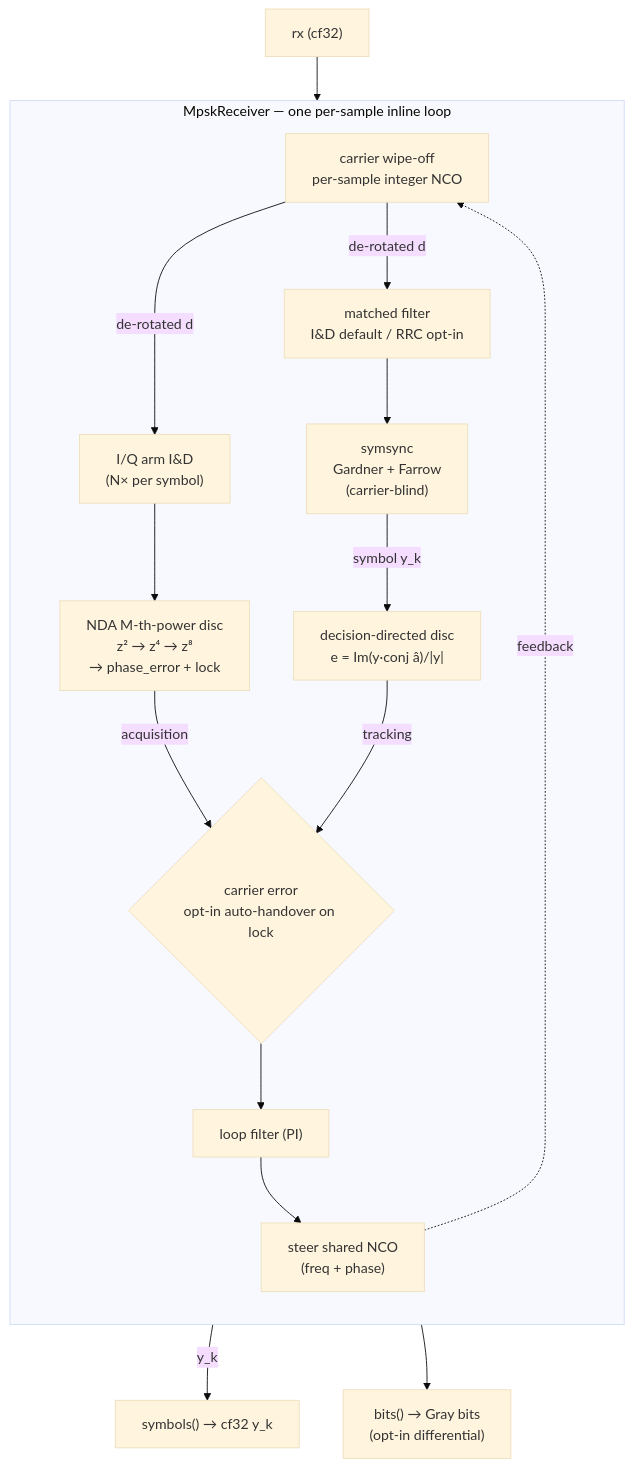
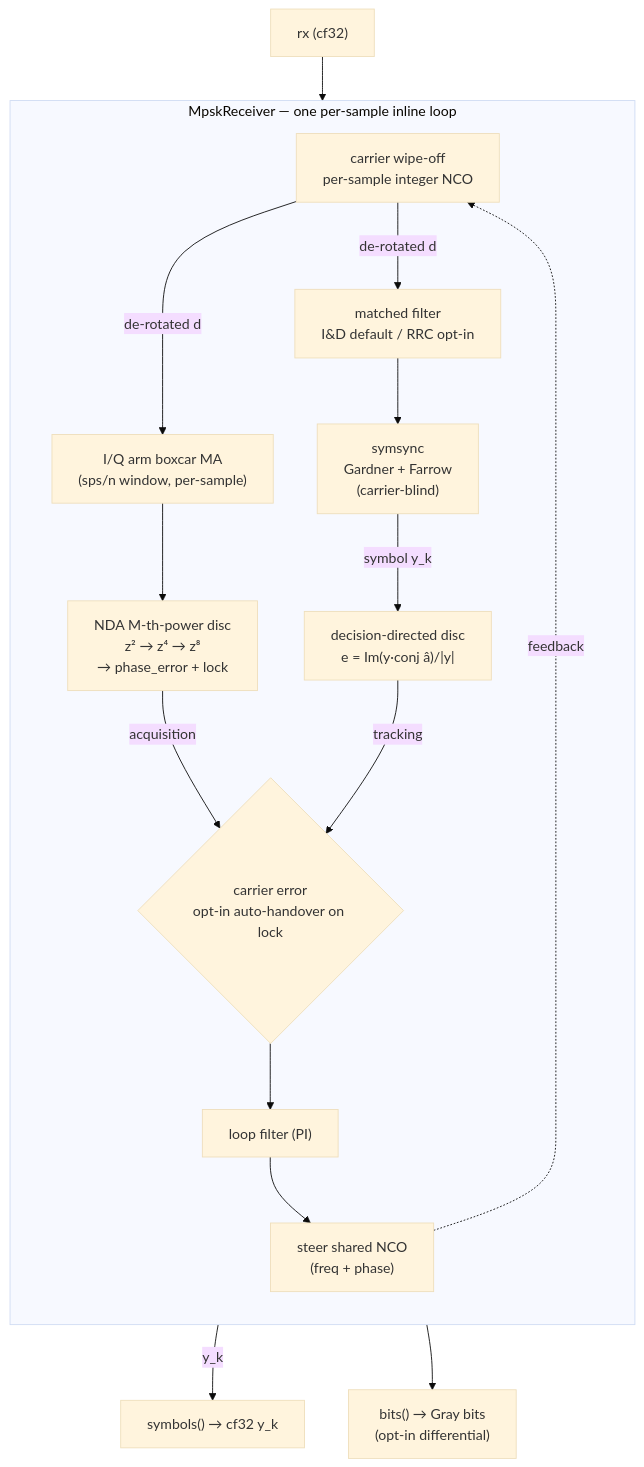
One commit to doppler-dsp/doppler changed the diagram in docs/design/mpsk.md. Above: the diagram before and after it, drawn with Mermaid (base theme). The commit also changed other lines of this file and 45 other files, not shown here.

First line of the commit message:
feat(carrier_nda): n-invariant Bn + boxcar arm + decimated arm AGC (#300)

````diff
--- a/docs/design/mpsk.md
+++ b/docs/design/mpsk.md
@@ -23,29 +24,29 @@
 ```mermaid
 flowchart TB
     IN["rx (cf32)"]
     subgraph RX["MpskReceiver — one per-sample inline loop"]
         direction TB
         WIPE["carrier wipe-off<br/>per-sample integer NCO"]
-        ARM["I/Q arm I&D<br/>(N× per symbol)"]
+        ARM["I/Q arm boxcar MA<br/>(sps/n window, per-sample)"]
         NDA["NDA M-th-power disc<br/>z² → z⁴ → z⁸<br/>→ phase_error + lock"]
         MF["matched filter<br/>I&D default / RRC opt-in"]
         SS["symsync<br/>Gardner + Farrow<br/>(carrier-blind)"]
         DD["decision-directed disc<br/>e = Im(y·conj â)/|y|"]
         SEL{"carrier error<br/>opt-in auto-handover on lock"}
         LF["loop filter (PI)"]
         STEER["steer shared NCO<br/>(freq + phase)"]
         WIPE -->|"de-rotated d"| ARM
         WIPE -->|"de-rotated d"| MF
         ARM --> NDA
         MF --> SS
         SS -->|"symbol y_k"| DD
         NDA -->|"acquisition"| SEL
         DD -->|"tracking"| SEL
         SEL --> LF
         LF --> STEER
         STEER -.->|"feedback"| WIPE
     end
     IN --> WIPE
     SS -->|"y_k"| OUT["symbols() → cf32 y_k"]
     SS --> BITS["bits() → Gray bits<br/>(opt-in differential)"]
 ```
````
